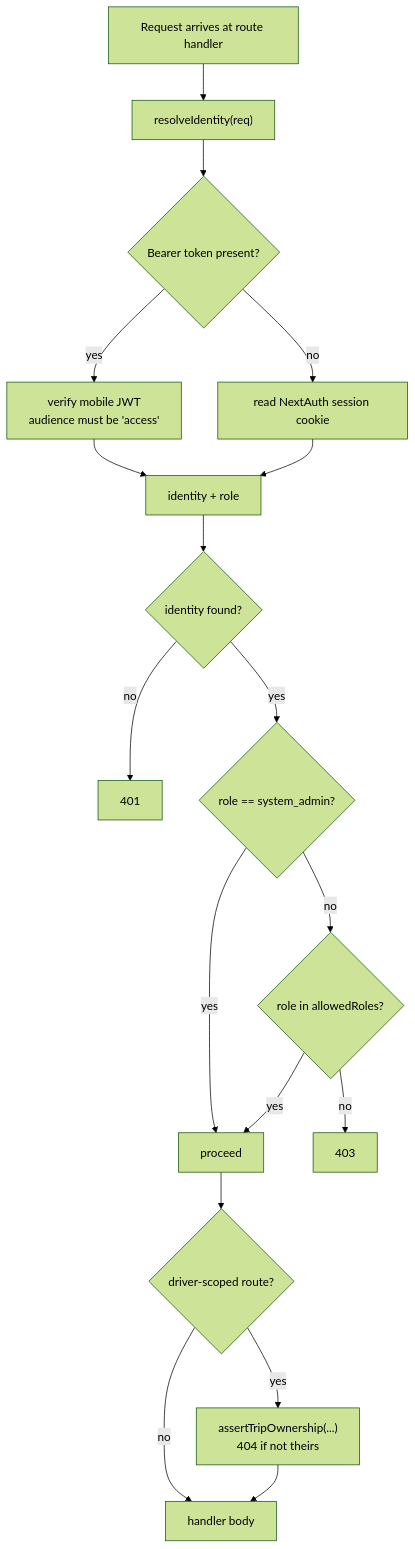
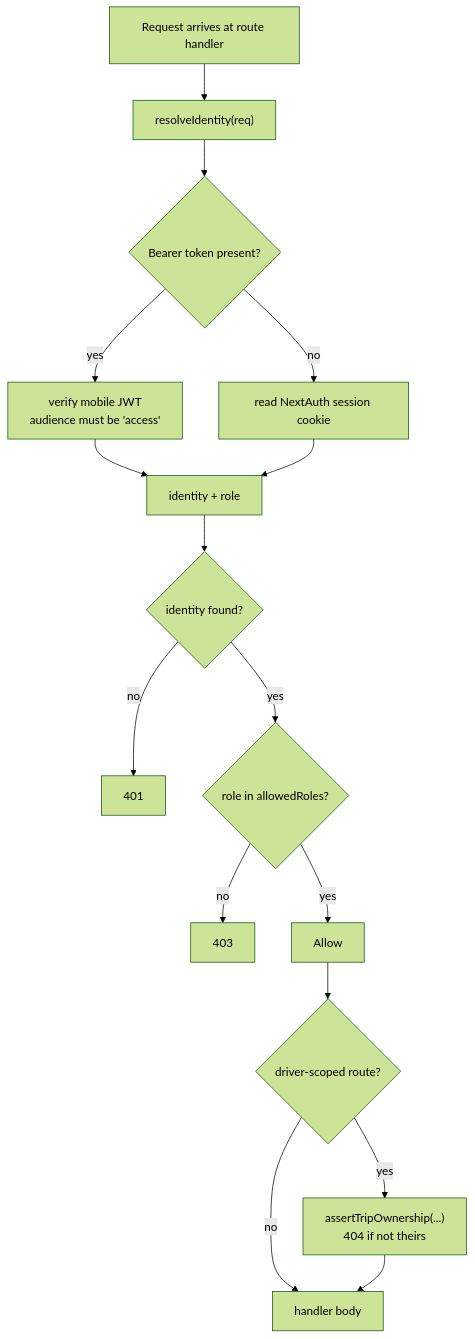
The diagram in Capstone/04 - Architecture/RBAC.md (ro-mee/fleet-transpo), drawn with Mermaid (forest theme) before and after one commit. The commit also changed other lines of this file and 235 other files, not shown here.

````diff
--- a/Capstone/04 - Architecture/RBAC.md
+++ b/Capstone/04 - Architecture/RBAC.md
@@ -33,20 +35,18 @@
 ```mermaid
 flowchart TD
     Req[Request arrives at route handler] --> RI["resolveIdentity(req)"]
     RI --> Bearer{"Bearer token present?"}
     Bearer -->|yes| MJ["verify mobile JWT<br/>audience must be 'access'"]
     Bearer -->|no| Cookie["read NextAuth session cookie"]
     MJ --> Id[identity + role]
     Cookie --> Id
     Id --> Has{"identity found?"}
     Has -->|no| E401["401"]
-    Has -->|yes| SA{"role == system_admin?"}
-    SA -->|yes| Allow["proceed"]
-    SA -->|no| InList{"role in allowedRoles?"}
+    Has -->|yes| InList{"role in allowedRoles?"}
     InList -->|no| E403["403"]
     InList -->|yes| Allow
     Allow --> Own{"driver-scoped route?"}
     Own -->|yes| AO["assertTripOwnership(...)<br/>404 if not theirs"]
     Own -->|no| Handler[handler body]
     AO --> Handler
 ```
````
